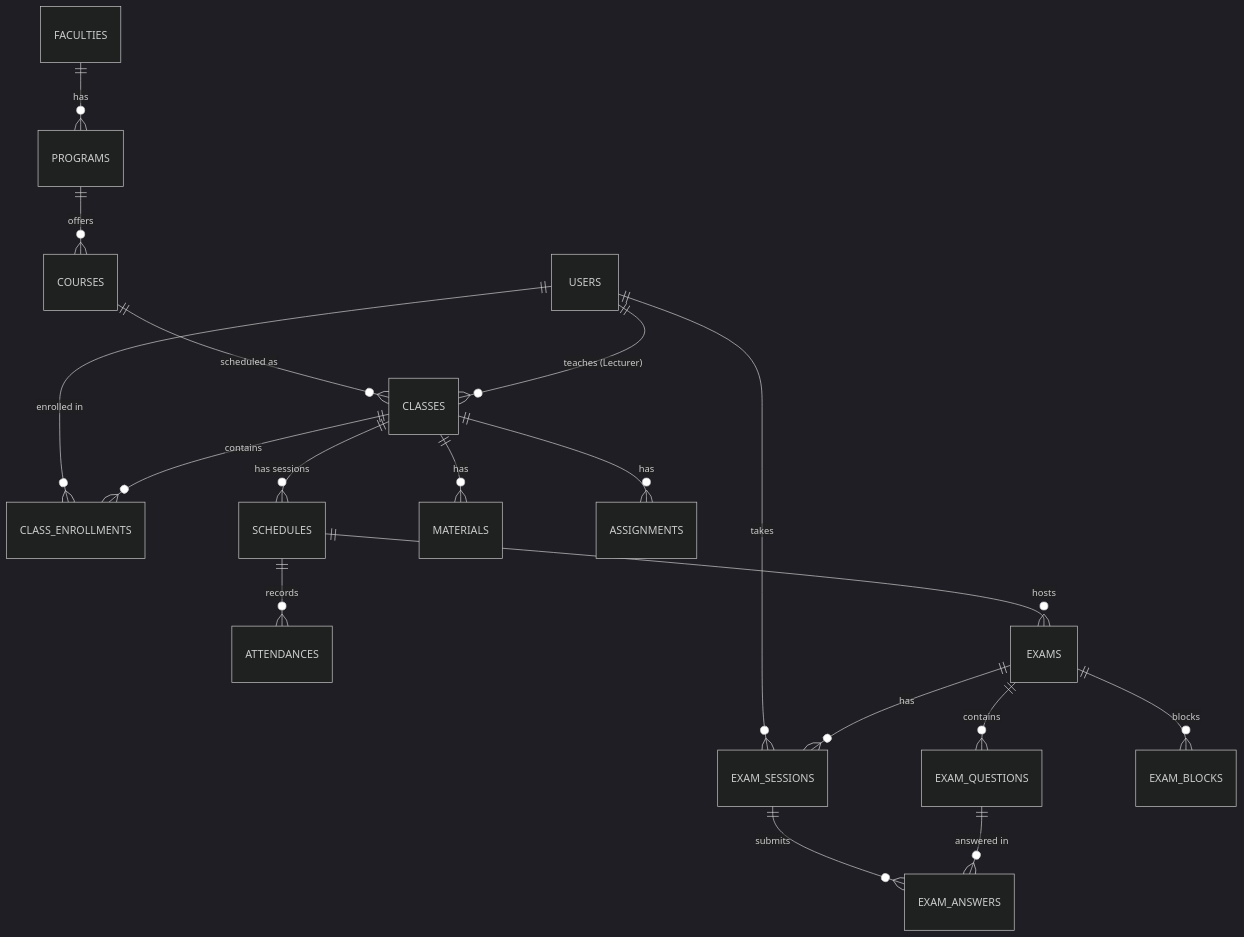
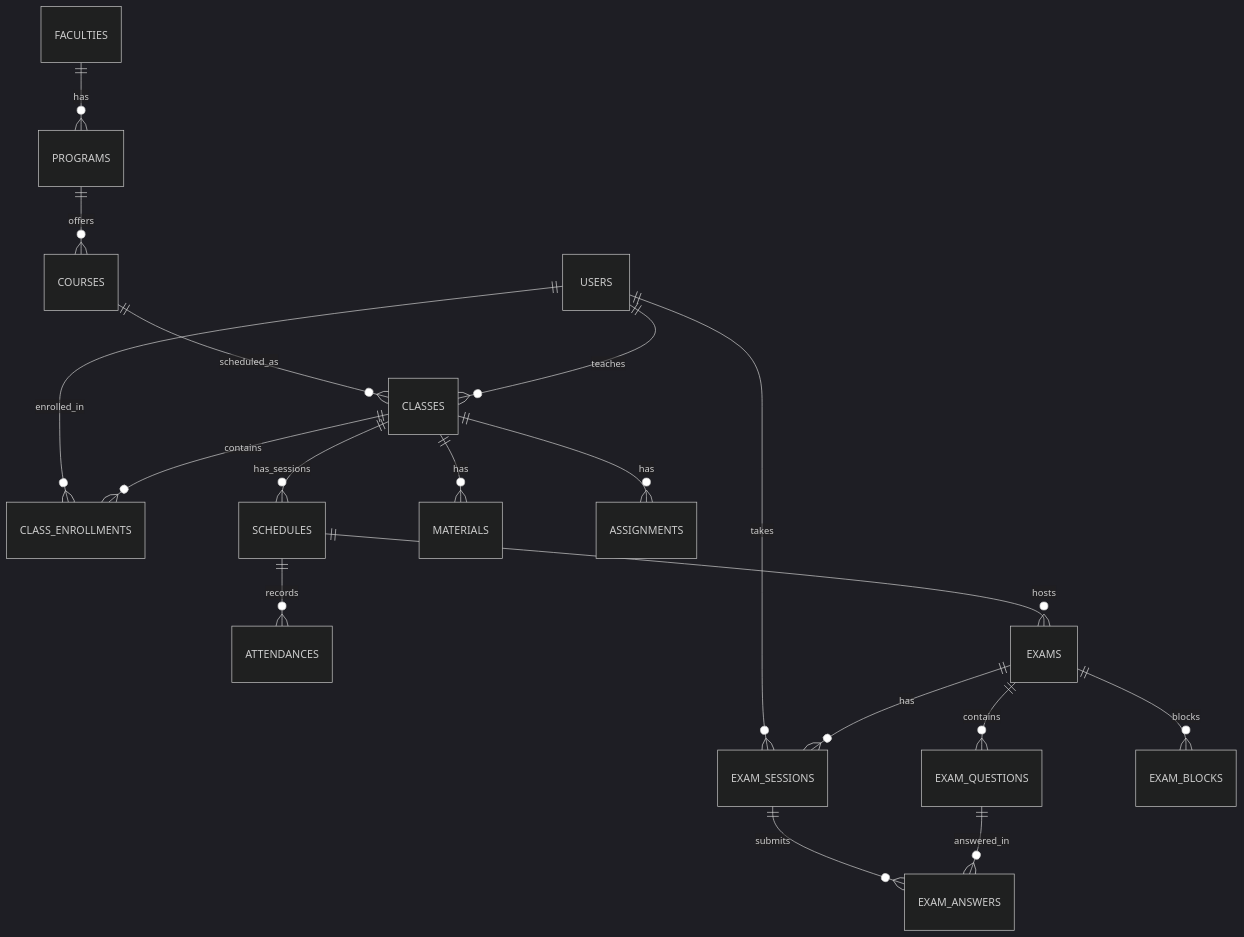
The second of 5 diagrams in README.md (dwikrisnandi/siakad-dkn-dkn), drawn with Mermaid (dark theme) before and after one commit. The commit also changed other lines of this file, not shown here.

Commit message:
fix: resolve github mermaid syntax issues for block diagram and ERD

````diff
--- a/README.md
+++ b/README.md
@@ -58,20 +58,20 @@
 ```mermaid
 erDiagram
-    USERS ||--o{ CLASS_ENROLLMENTS : "enrolled in"
-    USERS ||--o{ EXAM_SESSIONS : "takes"
-    FACULTIES ||--o{ PROGRAMS : "has"
-    PROGRAMS ||--o{ COURSES : "offers"
-    COURSES ||--o{ CLASSES : "scheduled as"
-    USERS ||--o{ CLASSES : "teaches (Lecturer)"
-    CLASSES ||--o{ CLASS_ENROLLMENTS : "contains"
-    CLASSES ||--o{ SCHEDULES : "has sessions"
-    CLASSES ||--o{ MATERIALS : "has"
-    CLASSES ||--o{ ASSIGNMENTS : "has"
-    SCHEDULES ||--o{ ATTENDANCES : "records"
-    SCHEDULES ||--o{ EXAMS : "hosts"
-    EXAMS ||--o{ EXAM_QUESTIONS : "contains"
-    EXAMS ||--o{ EXAM_SESSIONS : "has"
-    EXAMS ||--o{ EXAM_BLOCKS : "blocks"
-    EXAM_SESSIONS ||--o{ EXAM_ANSWERS : "submits"
-    EXAM_QUESTIONS ||--o{ EXAM_ANSWERS : "answered in"
+    USERS ||--o{ CLASS_ENROLLMENTS : enrolled_in
+    USERS ||--o{ EXAM_SESSIONS : takes
+    FACULTIES ||--o{ PROGRAMS : has
+    PROGRAMS ||--o{ COURSES : offers
+    COURSES ||--o{ CLASSES : scheduled_as
+    USERS ||--o{ CLASSES : teaches
+    CLASSES ||--o{ CLASS_ENROLLMENTS : contains
+    CLASSES ||--o{ SCHEDULES : has_sessions
+    CLASSES ||--o{ MATERIALS : has
+    CLASSES ||--o{ ASSIGNMENTS : has
+    SCHEDULES ||--o{ ATTENDANCES : records
+    SCHEDULES ||--o{ EXAMS : hosts
+    EXAMS ||--o{ EXAM_QUESTIONS : contains
+    EXAMS ||--o{ EXAM_SESSIONS : has
+    EXAMS ||--o{ EXAM_BLOCKS : blocks
+    EXAM_SESSIONS ||--o{ EXAM_ANSWERS : submits
+    EXAM_QUESTIONS ||--o{ EXAM_ANSWERS : answered_in
 ```
````
